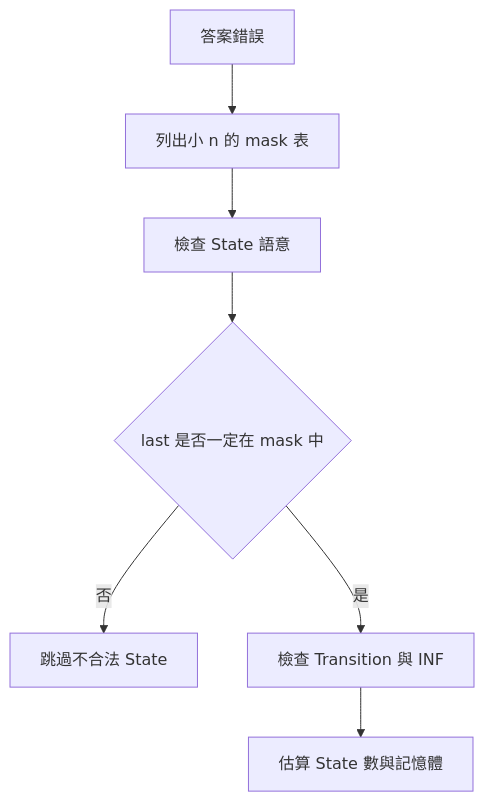
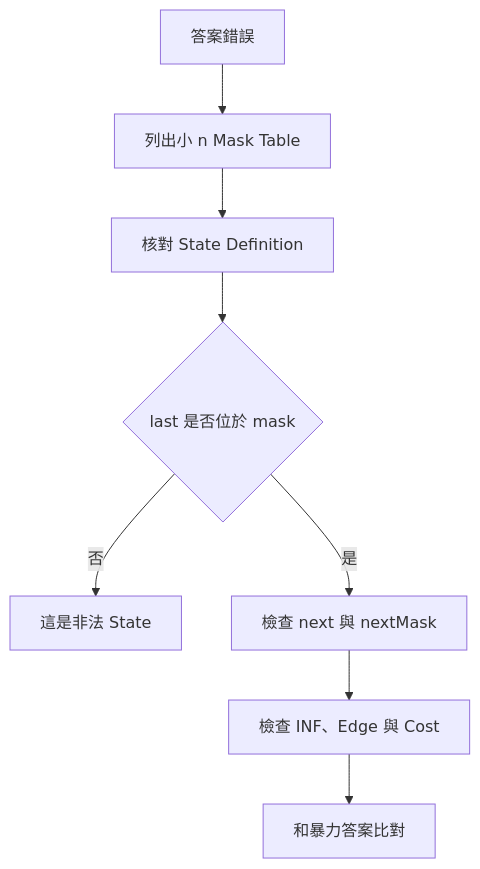
Before and after one commit to davidchen0970/algorithm_note: the third of 3 diagrams in 09_dynamic_programming/44_state_compression_dp.md, drawn with Mermaid. The commit also changed other lines of this file and 1 other file, not shown here.

````diff
--- a/09_dynamic_programming/44_state_compression_dp.md
+++ b/09_dynamic_programming/44_state_compression_dp.md
@@ -671,9 +929,10 @@
 ```mermaid
 flowchart TD
-    A["答案錯誤"] --> B["列出小 n 的 mask 表"]
-    B --> C["檢查 State 語意"]
-    C --> D{"last 是否一定在 mask 中"}
-    D -->|否| E["跳過不合法 State"]
-    D -->|是| F["檢查 Transition 與 INF"]
-    F --> G["估算 State 數與記憶體"]
+    A["答案錯誤"] --> B["列出小 n Mask Table"]
+    B --> C["核對 State Definition"]
+    C --> D{"last 是否位於 mask"}
+    D -->|否| E["這是非法 State"]
+    D -->|是| F["檢查 next 與 nextMask"]
+    F --> G["檢查 INF、Edge 與 Cost"]
+    G --> H["和暴力答案比對"]
 ```
````
